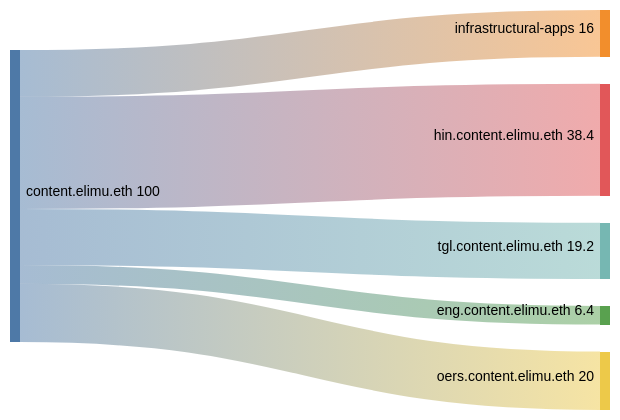
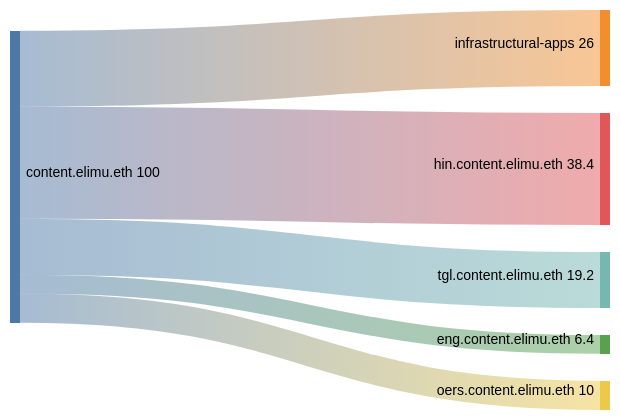
One commit to elimu-ai/web3-wiki changed the first of 3 diagrams in DRIP_LIST_FUNDING_SPLITS.md. Above: the diagram before and after it, drawn with Mermaid (neutral theme). The commit also changed other lines of this file, not shown here.

Commit message:
Update DRIP_LIST_FUNDING_SPLITS.md
https://github.com/elimu-ai/web3-wiki/issues/44

````diff
--- a/DRIP_LIST_FUNDING_SPLITS.md
+++ b/DRIP_LIST_FUNDING_SPLITS.md
@@ -31,10 +31,10 @@
 ```mermaid
 sankey-beta
 
 %% source,target,value
-content.elimu.eth,infrastructural-apps,16
+content.elimu.eth,infrastructural-apps,26
 content.elimu.eth,hin.content.elimu.eth,38.4
 content.elimu.eth,tgl.content.elimu.eth,19.2
 content.elimu.eth,eng.content.elimu.eth,6.4
-content.elimu.eth,oers.content.elimu.eth,20
+content.elimu.eth,oers.content.elimu.eth,10
 ```
````
